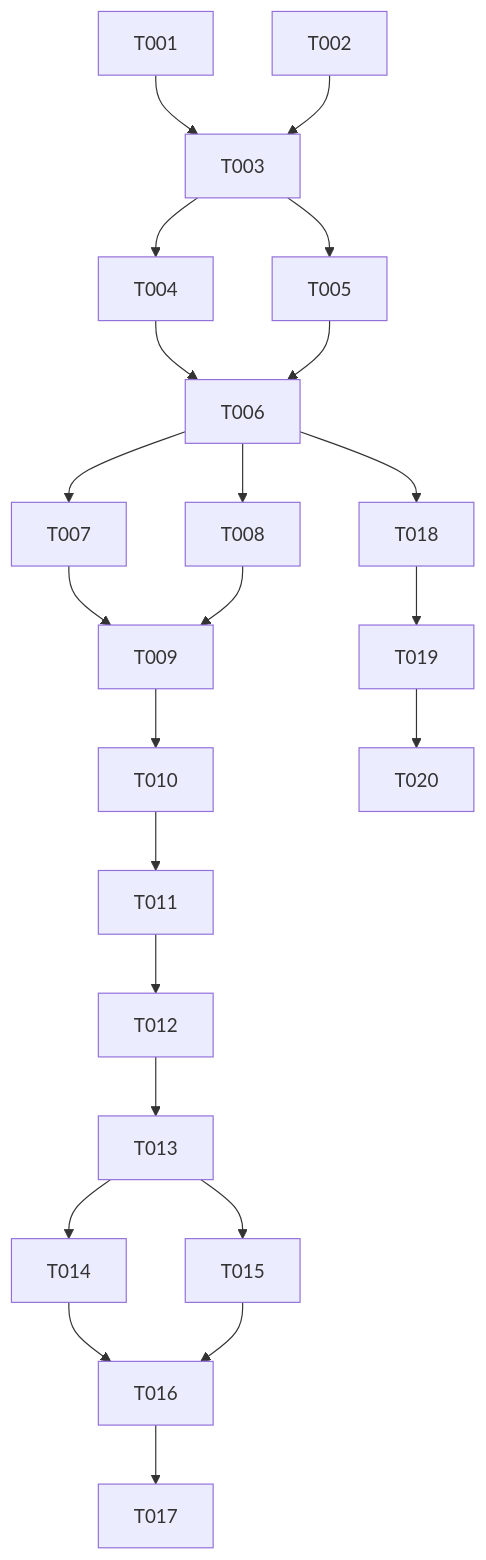
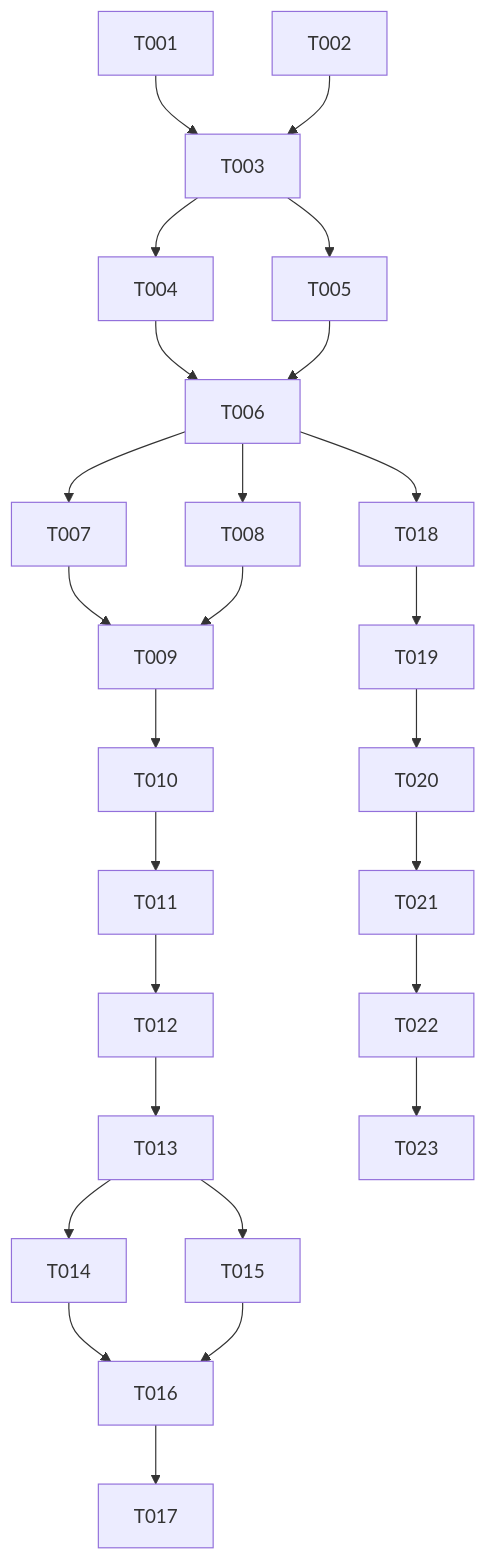
The diagram in .specify/memory/tasks.md (wquispe2203/TALLER-SISTEMAS), drawn with Mermaid before and after one commit. The commit also changed other lines of this file and 11 other files, not shown here.

````diff
--- a/.specify/memory/tasks.md
+++ b/.specify/memory/tasks.md
@@ -84,18 +102,21 @@
 ```mermaid
 graph TD
     T001 & T002 --> T003
     T003 --> T004 & T005
     T004 & T005 --> T006
     T006 --> T007 & T008
     T007 & T008 --> T009
     T009 --> T010
     T010 --> T011
     T011 --> T012
     T012 --> T013
     T013 --> T014 & T015
     T014 & T015 --> T016
     T016 --> T017
     T006 --> T018
     T018 --> T019
     T019 --> T020
+    T020 --> T021
+    T021 --> T022
+    T022 --> T023
 ```
````
